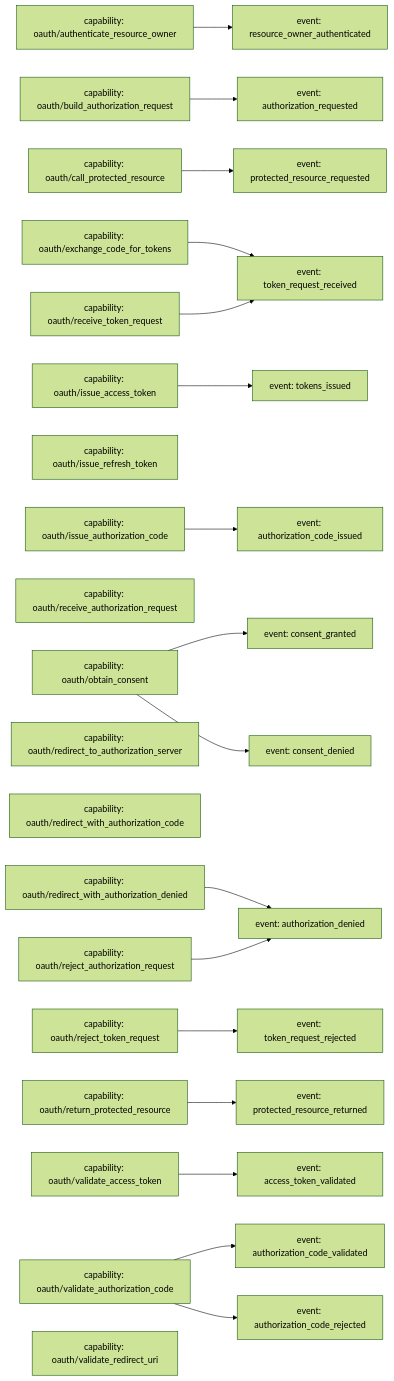
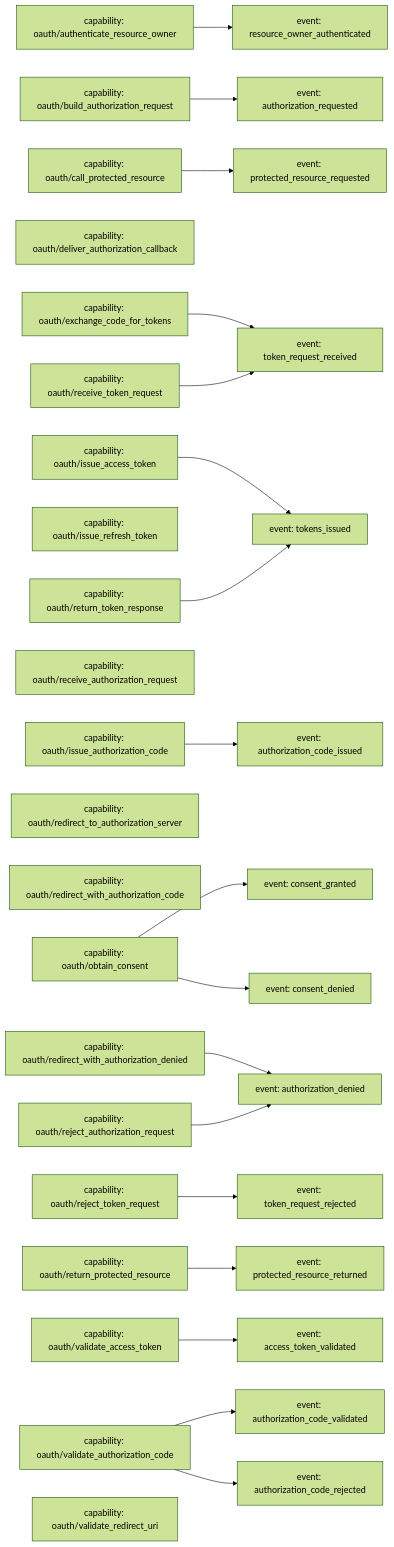
The diagram in examples/oauth-authorization-code/generated/mermaid/capability-events.mmd (BehavioML/specifications), drawn with Mermaid (forest theme) before and after one commit. The commit also changed 25 other files, not shown here.

Commit message:
Regenerate Mermaid workflow sequence diagrams

```diff
--- a/examples/oauth-authorization-code/generated/mermaid/capability-events.mmd
+++ b/examples/oauth-authorization-code/generated/mermaid/capability-events.mmd
@@ -1,51 +1,54 @@
 flowchart LR
   C_oauth_authenticate_resource_owner["capability: oauth/authenticate_resource_owner"]
   E_resource_owner_authenticated["event: resource_owner_authenticated"]
   C_oauth_build_authorization_request["capability: oauth/build_authorization_request"]
   E_authorization_requested["event: authorization_requested"]
   C_oauth_call_protected_resource["capability: oauth/call_protected_resource"]
   E_protected_resource_requested["event: protected_resource_requested"]
+  C_oauth_deliver_authorization_callback["capability: oauth/deliver_authorization_callback"]
   C_oauth_exchange_code_for_tokens["capability: oauth/exchange_code_for_tokens"]
   E_token_request_received["event: token_request_received"]
   C_oauth_issue_access_token["capability: oauth/issue_access_token"]
   E_tokens_issued["event: tokens_issued"]
   C_oauth_issue_authorization_code["capability: oauth/issue_authorization_code"]
   E_authorization_code_issued["event: authorization_code_issued"]
   C_oauth_issue_refresh_token["capability: oauth/issue_refresh_token"]
   C_oauth_obtain_consent["capability: oauth/obtain_consent"]
   E_consent_granted["event: consent_granted"]
   E_consent_denied["event: consent_denied"]
   C_oauth_receive_authorization_request["capability: oauth/receive_authorization_request"]
   C_oauth_receive_token_request["capability: oauth/receive_token_request"]
   C_oauth_redirect_to_authorization_server["capability: oauth/redirect_to_authorization_server"]
   C_oauth_redirect_with_authorization_code["capability: oauth/redirect_with_authorization_code"]
   C_oauth_redirect_with_authorization_denied["capability: oauth/redirect_with_authorization_denied"]
   E_authorization_denied["event: authorization_denied"]
   C_oauth_reject_authorization_request["capability: oauth/reject_authorization_request"]
   C_oauth_reject_token_request["capability: oauth/reject_token_request"]
   E_token_request_rejected["event: token_request_rejected"]
   C_oauth_return_protected_resource["capability: oauth/return_protected_resource"]
   E_protected_resource_returned["event: protected_resource_returned"]
+  C_oauth_return_token_response["capability: oauth/return_token_response"]
   C_oauth_validate_access_token["capability: oauth/validate_access_token"]
   E_access_token_validated["event: access_token_validated"]
   C_oauth_validate_authorization_code["capability: oauth/validate_authorization_code"]
   E_authorization_code_validated["event: authorization_code_validated"]
   E_authorization_code_rejected["event: authorization_code_rejected"]
   C_oauth_validate_redirect_uri["capability: oauth/validate_redirect_uri"]
 
   C_oauth_authenticate_resource_owner --> E_resource_owner_authenticated
   C_oauth_build_authorization_request --> E_authorization_requested
   C_oauth_call_protected_resource --> E_protected_resource_requested
   C_oauth_exchange_code_for_tokens --> E_token_request_received
   C_oauth_issue_access_token --> E_tokens_issued
   C_oauth_issue_authorization_code --> E_authorization_code_issued
   C_oauth_obtain_consent --> E_consent_granted
   C_oauth_obtain_consent --> E_consent_denied
   C_oauth_receive_token_request --> E_token_request_received
   C_oauth_redirect_with_authorization_denied --> E_authorization_denied
   C_oauth_reject_authorization_request --> E_authorization_denied
   C_oauth_reject_token_request --> E_token_request_rejected
   C_oauth_return_protected_resource --> E_protected_resource_returned
+  C_oauth_return_token_response --> E_tokens_issued
   C_oauth_validate_access_token --> E_access_token_validated
   C_oauth_validate_authorization_code --> E_authorization_code_validated
   C_oauth_validate_authorization_code --> E_authorization_code_rejected
```
